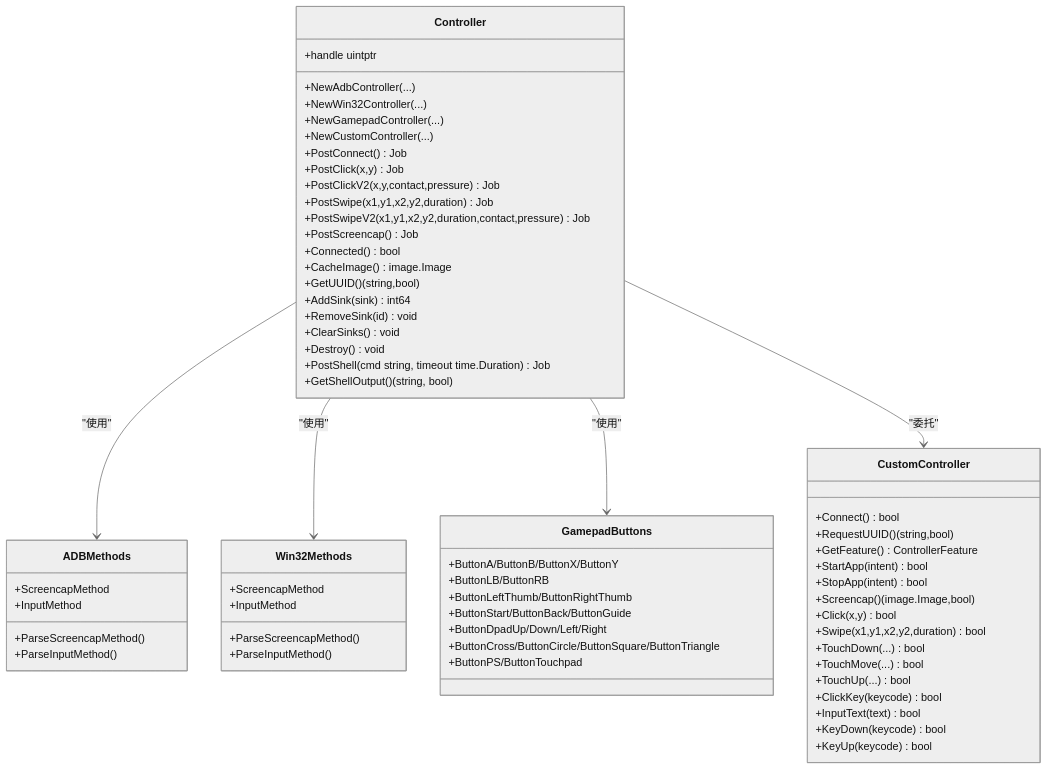
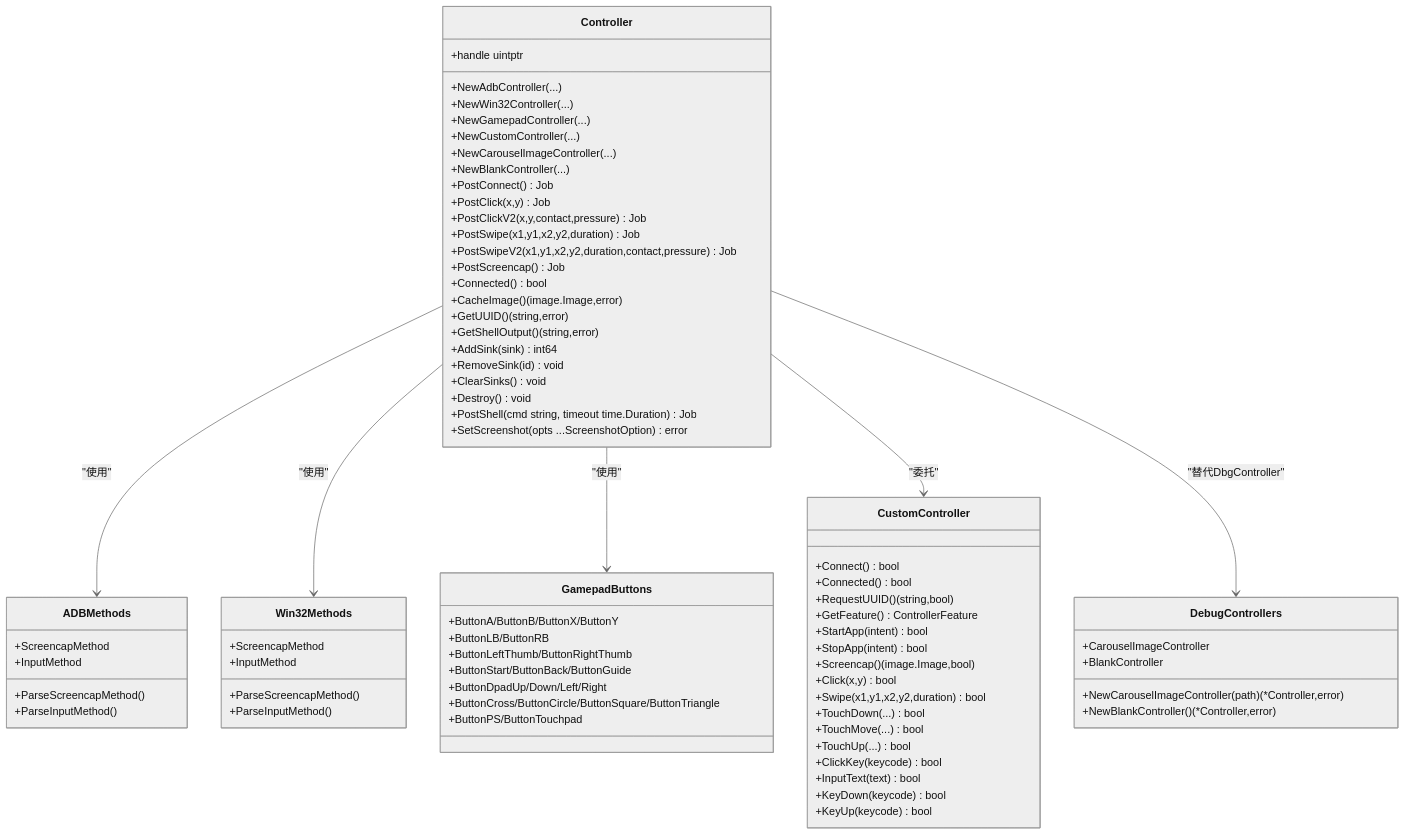
Before and after one commit to kqcoxn/MaaPipelineEditor: the third of 3 diagrams in instructions/maafw-golang-binding/核心概念/控制器 (Controller)/控制器 (Controller).md, drawn with Mermaid (neutral theme). The commit also changed other lines of this file and 10 other files, not shown here.

````diff
--- a/instructions/maafw-golang-binding/核心概念/控制器 (Controller)/控制器 (Controller).md
+++ b/instructions/maafw-golang-binding/核心概念/控制器 (Controller)/控制器 (Controller).md
@@ -290,67 +362,78 @@
 ```mermaid
 classDiagram
 class Controller {
 +handle uintptr
 +NewAdbController(...)
 +NewWin32Controller(...)
 +NewGamepadController(...)
 +NewCustomController(...)
++NewCarouselImageController(...)
++NewBlankController(...)
 +PostConnect() Job
 +PostClick(x,y) Job
 +PostClickV2(x,y,contact,pressure) Job
 +PostSwipe(x1,y1,x2,y2,duration) Job
 +PostSwipeV2(x1,y1,x2,y2,duration,contact,pressure) Job
 +PostScreencap() Job
 +Connected() bool
-+CacheImage() image.Image
-+GetUUID() (string,bool)
++CacheImage() (image.Image,error)
++GetUUID() (string,error)
++GetShellOutput() (string,error)
 +AddSink(sink) int64
 +RemoveSink(id) void
 +ClearSinks() void
 +Destroy() void
 +PostShell(cmd string, timeout time.Duration) Job
-+GetShellOutput() (string, bool)
++SetScreenshot(opts ...ScreenshotOption) error
 }
 class ADBMethods {
 +ScreencapMethod
 +InputMethod
 +ParseScreencapMethod()
 +ParseInputMethod()
 }
 class Win32Methods {
 +ScreencapMethod
 +InputMethod
 +ParseScreencapMethod()
 +ParseInputMethod()
 }
 class GamepadButtons {
 +ButtonA/ButtonB/ButtonX/ButtonY
 +ButtonLB/ButtonRB
 +ButtonLeftThumb/ButtonRightThumb
 +ButtonStart/ButtonBack/ButtonGuide
 +ButtonDpadUp/Down/Left/Right
 +ButtonCross/ButtonCircle/ButtonSquare/ButtonTriangle
 +ButtonPS/ButtonTouchpad
 }
 class CustomController {
 +Connect() bool
++Connected() bool
 +RequestUUID() (string,bool)
 +GetFeature() ControllerFeature
 +StartApp(intent) bool
 +StopApp(intent) bool
 +Screencap() (image.Image,bool)
 +Click(x,y) bool
 +Swipe(x1,y1,x2,y2,duration) bool
 +TouchDown(...) bool
 +TouchMove(...) bool
 +TouchUp(...) bool
 +ClickKey(keycode) bool
 +InputText(text) bool
 +KeyDown(keycode) bool
 +KeyUp(keycode) bool
 }
+class DebugControllers {
++CarouselImageController
++BlankController
++NewCarouselImageController(path) (*Controller,error)
++NewBlankController() (*Controller,error)
+}
 Controller --> ADBMethods : "使用"
 Controller --> Win32Methods : "使用"
 Controller --> GamepadButtons : "使用"
 Controller --> CustomController : "委托"
+Controller --> DebugControllers : "替代DbgController"
 ```
````
